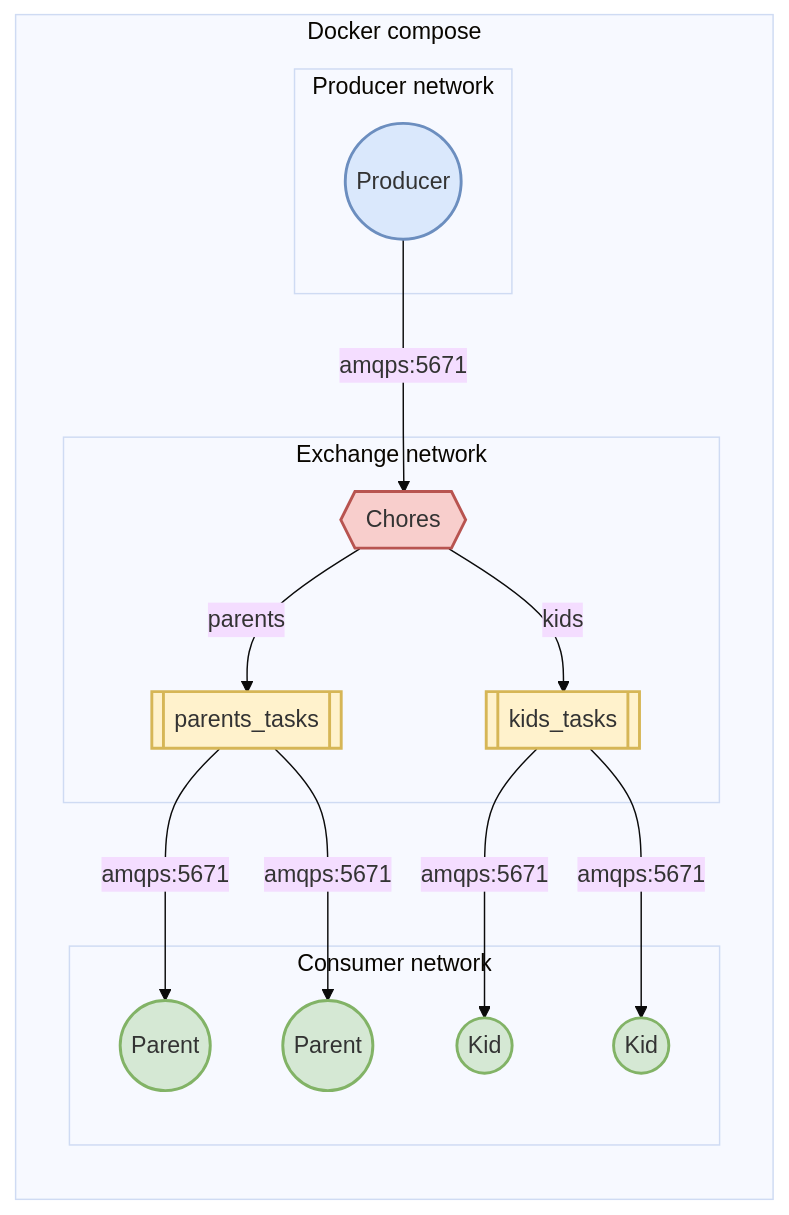
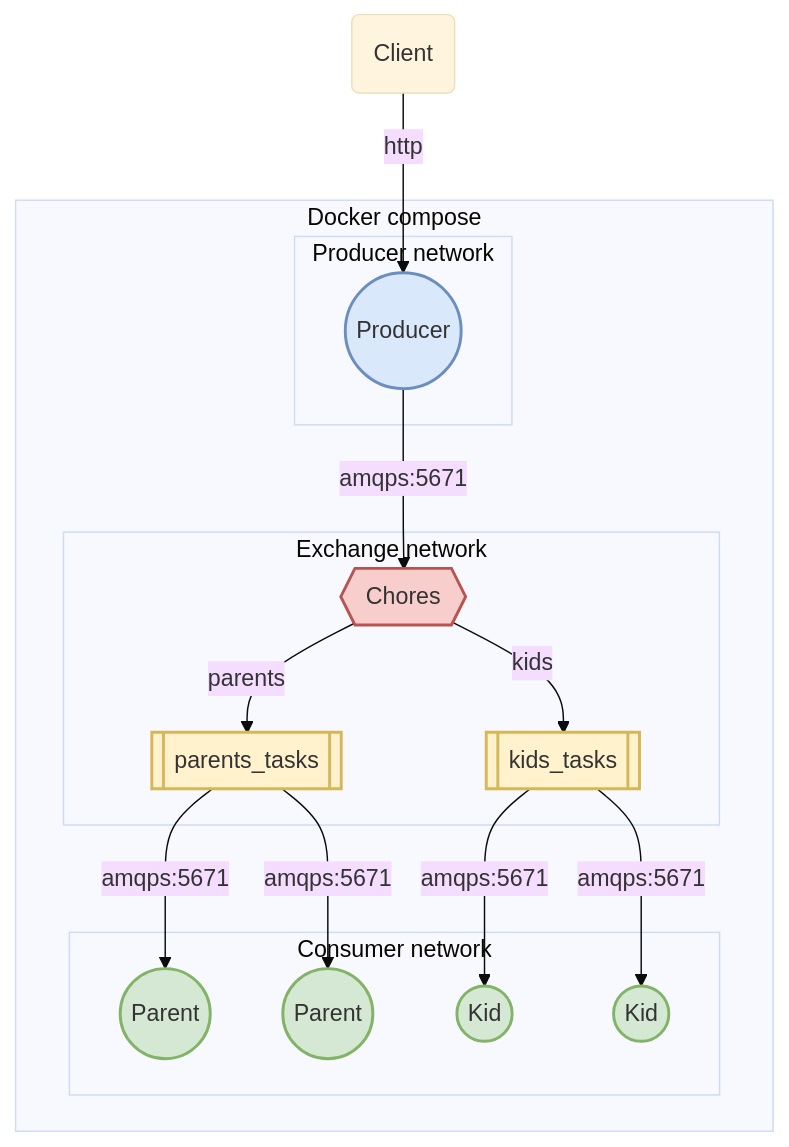
One commit to matthew-shaw/rabbit-stew changed the diagram in README.md. Above: the diagram before and after it, drawn with Mermaid (base theme).

Commit message:
add client to design

````diff
--- a/README.md
+++ b/README.md
@@ -11,32 +11,34 @@
 ```mermaid
-flowchart LR
+flowchart TB
+    client(Client)
     subgraph Docker compose
         subgraph Producer network
             P((Producer)):::P
         end
 
         subgraph Exchange network
             X{{Chores}}:::E
             Q1[[parents_tasks]]:::Q
             Q2[[kids_tasks]]:::Q
         end
         
         subgraph Consumer network
             C1((Parent)):::C
             C2((Parent)):::C
             C3((Kid)):::C
             C4((Kid)):::C
         end
     end
 
+    client -- http --> P
     P -- amqps:5671 --> X
     X -- parents --> Q1
     X -- kids --> Q2
     Q1 -- amqps:5671 --> C1 & C2
     Q2 -- amqps:5671 --> C3 & C4
 
     classDef P fill:#DAE8FC,stroke:#6C8EBF,stroke-width:2px
     classDef E fill:#F8CECC,stroke:#B85450,stroke-width:2px
     classDef Q fill:#FFF2CC,stroke:#D6B656,stroke-width:2px
     classDef C fill:#D5E8D4,stroke:#82B366,stroke-width:2px
 ```
````
